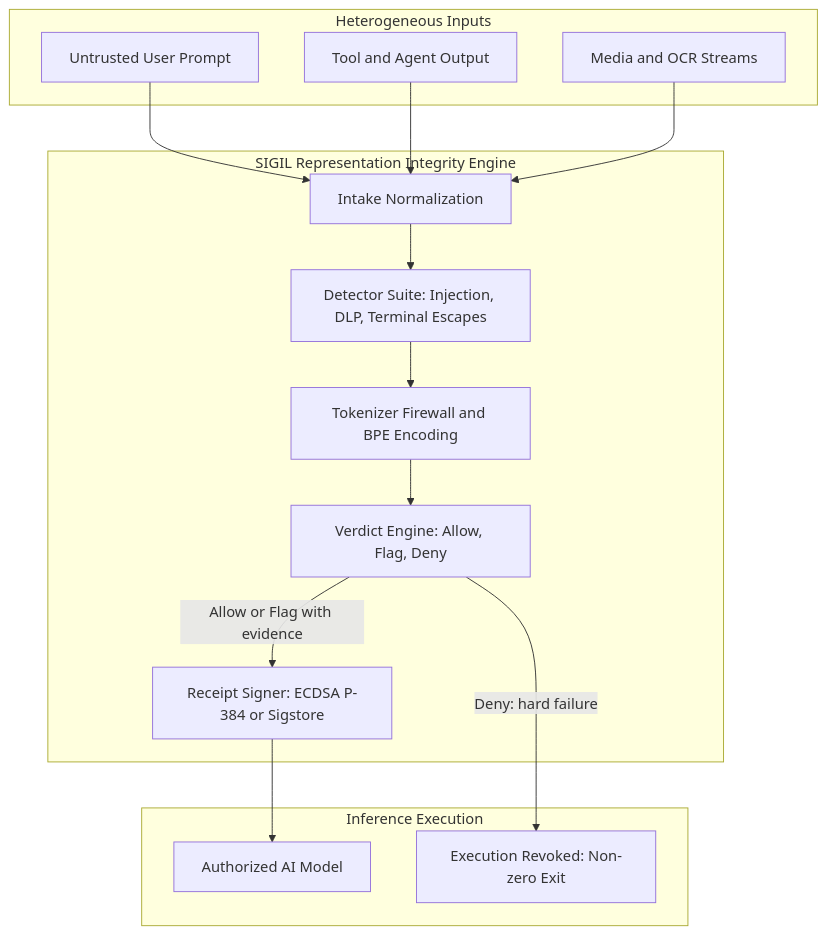
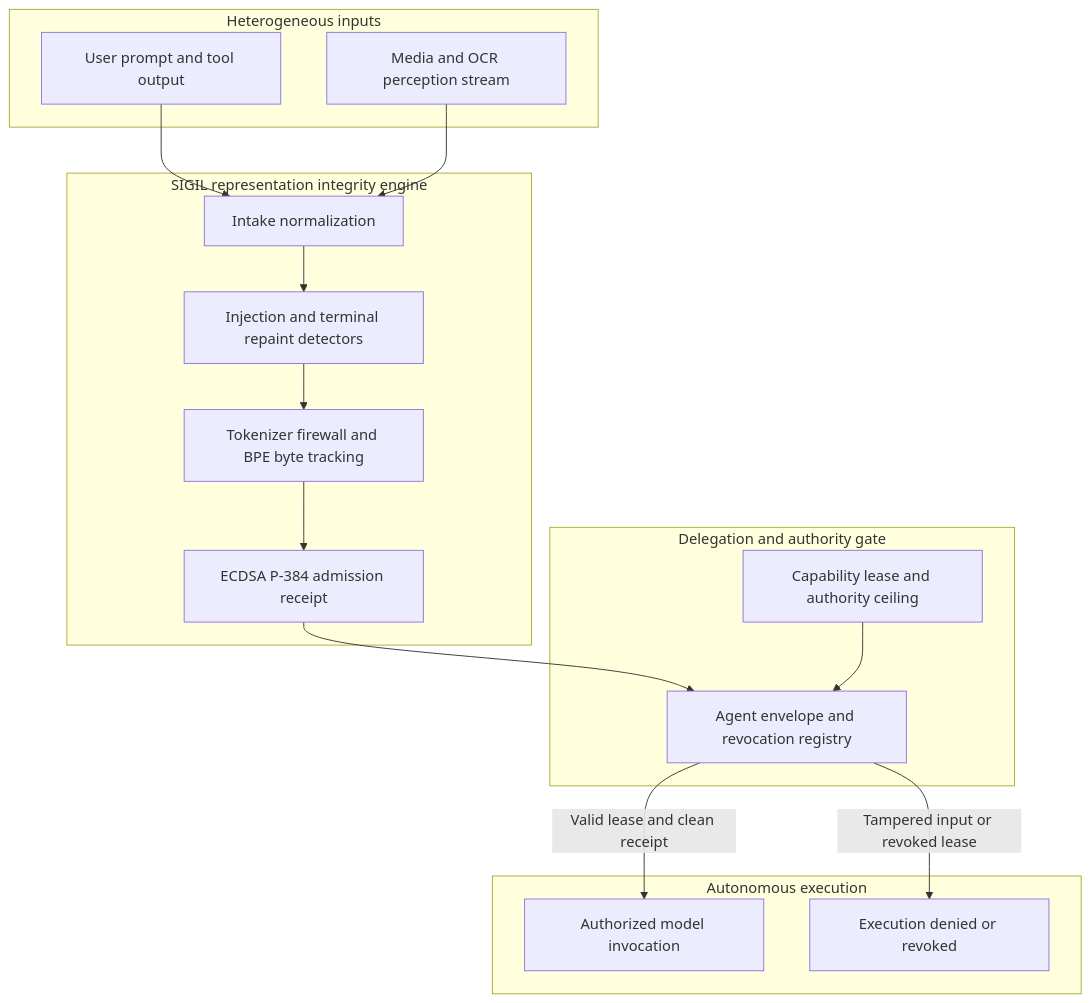
One commit to ckodex-labs/ckodex-sigil-ric changed the diagram in README.md. Above: the diagram before and after it, drawn with Mermaid. The commit also changed other lines of this file and 1 other file, not shown here.

Commit message:
docs: update architecture diagrams and test count with ric v0.2 recursive delegation

````diff
--- a/README.md
+++ b/README.md
@@ -9,31 +9,34 @@
 ```mermaid
 flowchart TD
-    subgraph Inputs["Heterogeneous Inputs"]
-        U["Untrusted User Prompt"]
-        T["Tool and Agent Output"]
-        M["Media and OCR Streams"]
+    subgraph Intake["Heterogeneous inputs"]
+        PromptStream["User prompt and tool output"]
+        PerceptionStream["Media and OCR perception stream"]
     end
 
-    subgraph Pipeline["SIGIL Representation Integrity Engine"]
-        N["Intake Normalization"]
-        D["Detector Suite: Injection, DLP, Terminal Escapes"]
-        F["Tokenizer Firewall and BPE Encoding"]
-        V["Verdict Engine: Allow, Flag, Deny"]
-        R["Receipt Signer: ECDSA P-384 or Sigstore"]
+    subgraph CoreEngine["SIGIL representation integrity engine"]
+        Normalize["Intake normalization"]
+        Detectors["Injection and terminal repaint detectors"]
+        TokenizerFirewall["Tokenizer firewall and BPE byte tracking"]
+        ReceiptSigner["ECDSA P-384 admission receipt"]
     end
 
-    subgraph Destination["Inference Execution"]
-        AI["Authorized AI Model"]
-        ABORT["Execution Revoked: Non-zero Exit"]
+    subgraph DelegationControl["Delegation and authority gate"]
+        LeaseVerifier["Capability lease and authority ceiling"]
+        EnvelopeVerifier["Agent envelope and revocation registry"]
     end
 
-    U --> N
-    T --> N
-    M --> N
-    N --> D
-    D --> F
-    F --> V
-    V -->|"Allow or Flag with evidence"| R
-    V -->|"Deny: hard failure"| ABORT
-    R --> AI
+    subgraph Execution["Autonomous execution"]
+        ModelRun["Authorized model invocation"]
+        Revoke["Execution denied or revoked"]
+    end
+
+    PromptStream --> Normalize
+    PerceptionStream --> Normalize
+    Normalize --> Detectors
+    Detectors --> TokenizerFirewall
+    TokenizerFirewall --> ReceiptSigner
+    ReceiptSigner --> EnvelopeVerifier
+    LeaseVerifier --> EnvelopeVerifier
+    EnvelopeVerifier -->|"Valid lease and clean receipt"| ModelRun
+    EnvelopeVerifier -->|"Tampered input or revoked lease"| Revoke
 ```
````
